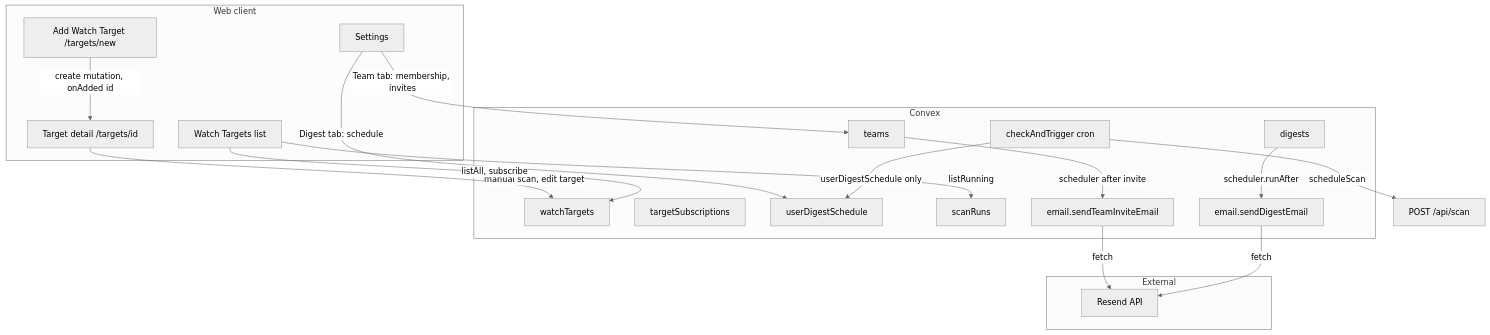
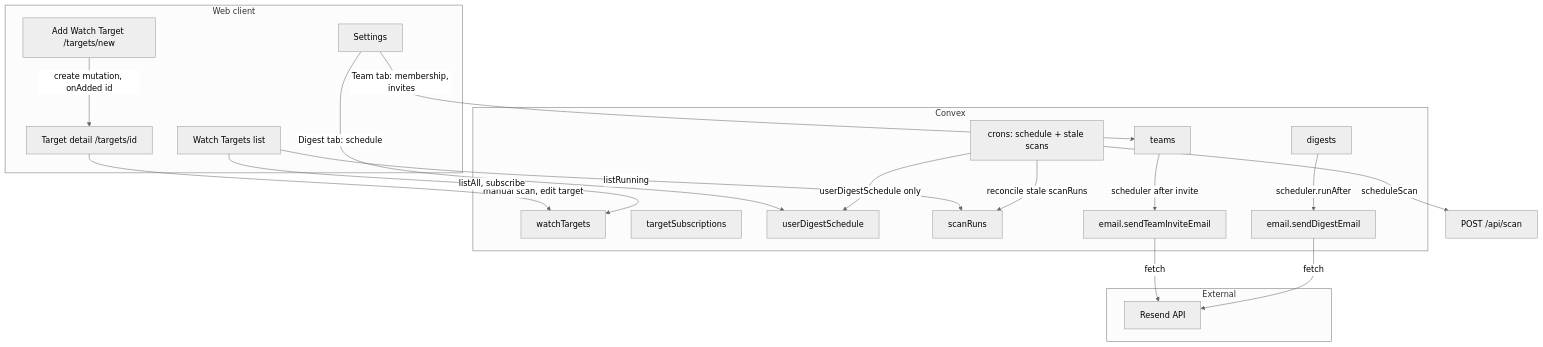
The diagram in docs/HLD.md (nll-ai/compass), drawn with Mermaid (neutral theme) before and after one commit. The commit also changed other lines of this file and 9 other files, not shown here.

First line of the commit message:
Handle stale scan runs: API failure path, cron reconcile, dismiss UX

````diff
--- a/docs/HLD.md
+++ b/docs/HLD.md
@@ -106,38 +106,39 @@
 ```mermaid
 flowchart TB
   subgraph client [Web client]
     TargetsPage[Watch Targets list]
     NewTarget[Add Watch Target /targets/new]
     TargetDetail[Target detail /targets/id]
     Settings[Settings]
   end
 
   subgraph convex [Convex]
     WT[watchTargets]
     Teams[teams]
     Subs[targetSubscriptions]
     UDS[userDigestSchedule]
     scanRuns[scanRuns]
     Digests[digests]
     EmailAction[email.sendDigestEmail]
     InviteEmail[email.sendTeamInviteEmail]
-    Cron[checkAndTrigger cron]
+    Cron[crons: schedule + stale scans]
   end
 
   subgraph external [External]
     Resend[Resend API]
   end
 
   NewTarget -->|create mutation, onAdded id| TargetDetail
   TargetDetail -->|manual scan, edit target| WT
   Settings -->|Digest tab: schedule| UDS
   Settings -->|Team tab: membership, invites| Teams
   Teams -->|scheduler after invite| InviteEmail
   InviteEmail -->|fetch| Resend
   TargetsPage -->|listAll, subscribe| WT
   TargetsPage -->|listRunning| scanRuns
   Cron -->|userDigestSchedule only| UDS
+  Cron -->|reconcile stale scanRuns| scanRuns
   Cron -->|scheduleScan| ScanAPI[POST /api/scan]
   Digests -->|scheduler.runAfter| EmailAction
   EmailAction -->|fetch| Resend
 ```
````
